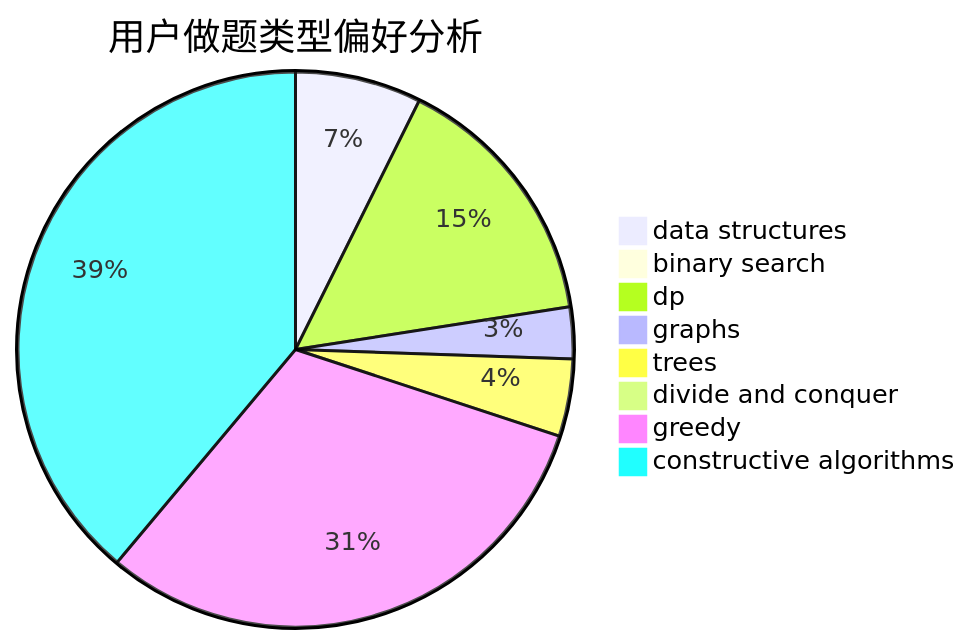
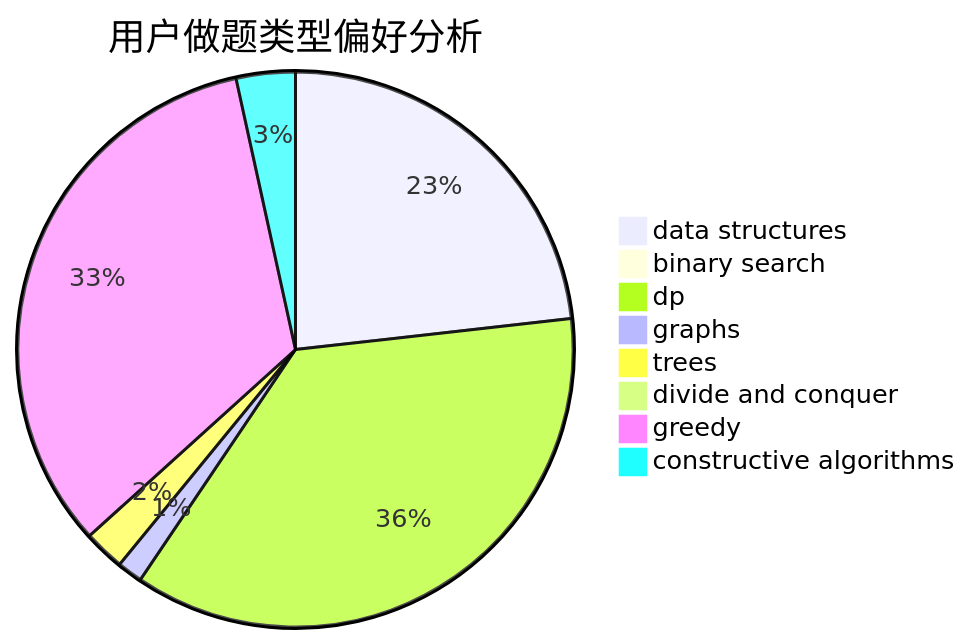
The second of 3 diagrams in docs/user/u141.md (sherpahu/cfrs.github.io), drawn with Mermaid before and after one commit. The commit also changed other lines of this file and 2770 other files, not shown here.

````diff
--- a/docs/user/u141.md
+++ b/docs/user/u141.md
@@ -23,11 +23,11 @@
 ```mermaid
 pie title 用户做题类型偏好分析
-    "data structures" :  44
-    "binary search" :  4
-    "dp" :  91
-    "graphs" :  18
-    "trees" :  27
-    "divide and conquer" :  0
-    "greedy" :  186
-    "constructive algorithms" :  233
+    "data structures" :  439
+    "binary search" :  1
+    "dp" :  685
+    "graphs" :  28
+    "trees" :  45
+    "divide and conquer" :  4
+    "greedy" :  629
+    "constructive algorithms" :  65
 ```
````
